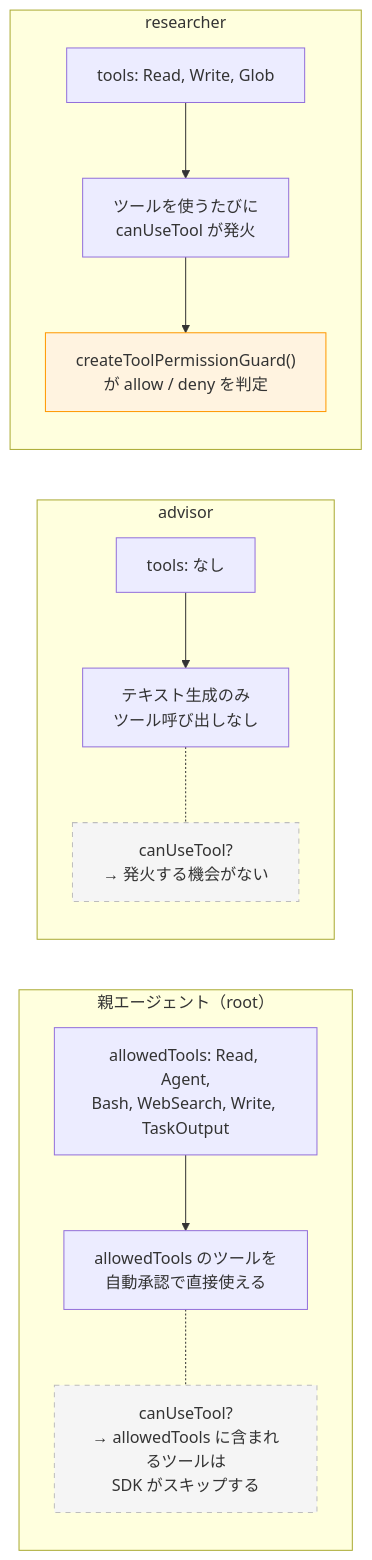
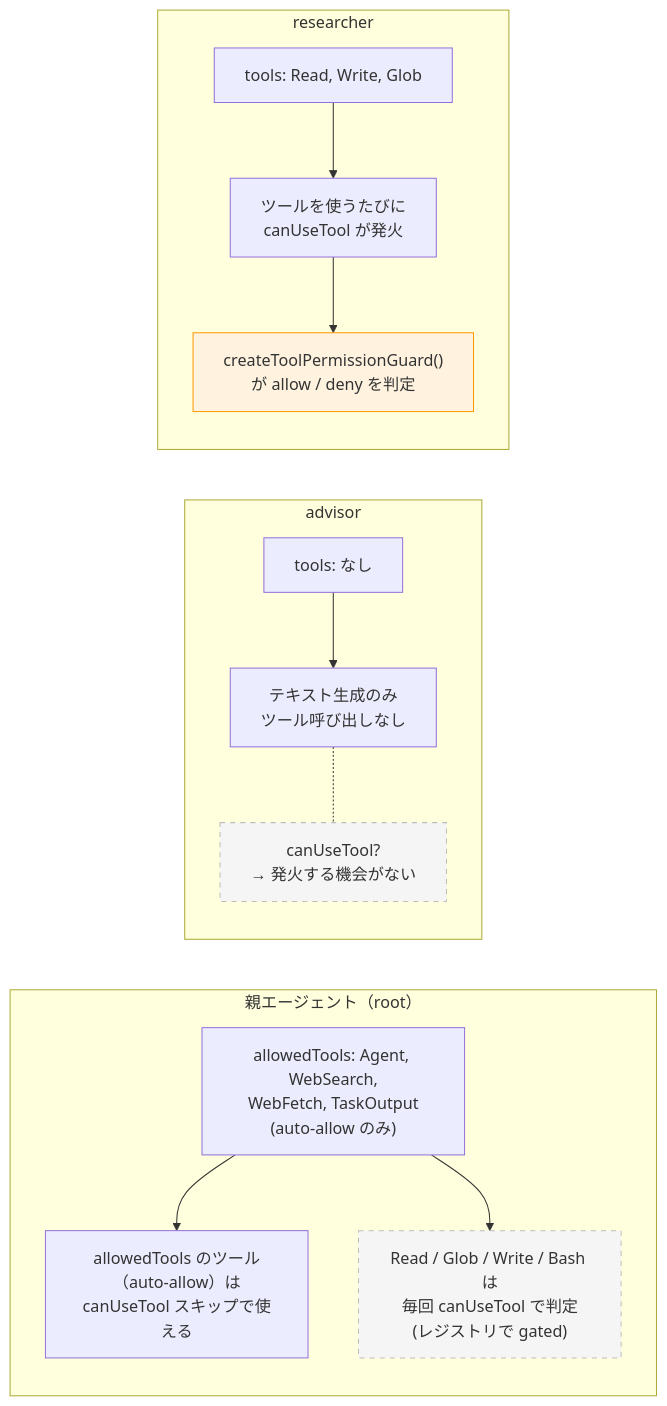
Before and after one commit to yukaorange/dcc_suport: diagram 18 of 30 in docs/architecture.md, drawn with Mermaid. The commit also changed other lines of this file and 12 other files, not shown here.

Commit message:
chore(docs): アーキテクチャ図の更新とIllustrator/Photoshopスキルの追加

````diff
--- a/docs/architecture.md
+++ b/docs/architecture.md
@@ -563,24 +574,24 @@
 ```mermaid
 flowchart LR
     subgraph parent ["親エージェント（root）"]
-        PT["allowedTools: Read, Agent,<br>Bash, WebSearch, Write, TaskOutput"]
-        PT --> PA["allowedTools のツールを<br>自動承認で直接使える"]
-        PA -.- PG["canUseTool?<br>→ allowedTools に含まれるツールは<br>SDK がスキップする"]
+        PT["allowedTools: Agent, WebSearch,<br>WebFetch, TaskOutput<br>(auto-allow のみ)"]
+        PT --> PA["allowedTools のツール（auto-allow）は<br>canUseTool スキップで使える"]
+        PT --> PG["Read / Glob / Write / Bash は<br>毎回 canUseTool で判定<br>(レジストリで gated)"]
     end
 
     subgraph advisor_box ["advisor"]
         AT["tools: なし"]
         AT --> AA["テキスト生成のみ<br>ツール呼び出しなし"]
         AA -.- AG["canUseTool?<br>→ 発火する機会がない"]
     end
 
     subgraph researcher_box ["researcher"]
         RT["tools: Read, Write, Glob"]
         RT --> RA["ツールを使うたびに<br>canUseTool が発火"]
         RA --> RG["createToolPermissionGuard()<br>が allow / deny を判定"]
     end
 
     style PG fill:#f5f5f5,stroke:#bdbdbd,stroke-dasharray: 5 5
     style AG fill:#f5f5f5,stroke:#bdbdbd,stroke-dasharray: 5 5
     style RG fill:#fff3e0,stroke:#ff9800
 ```
````
